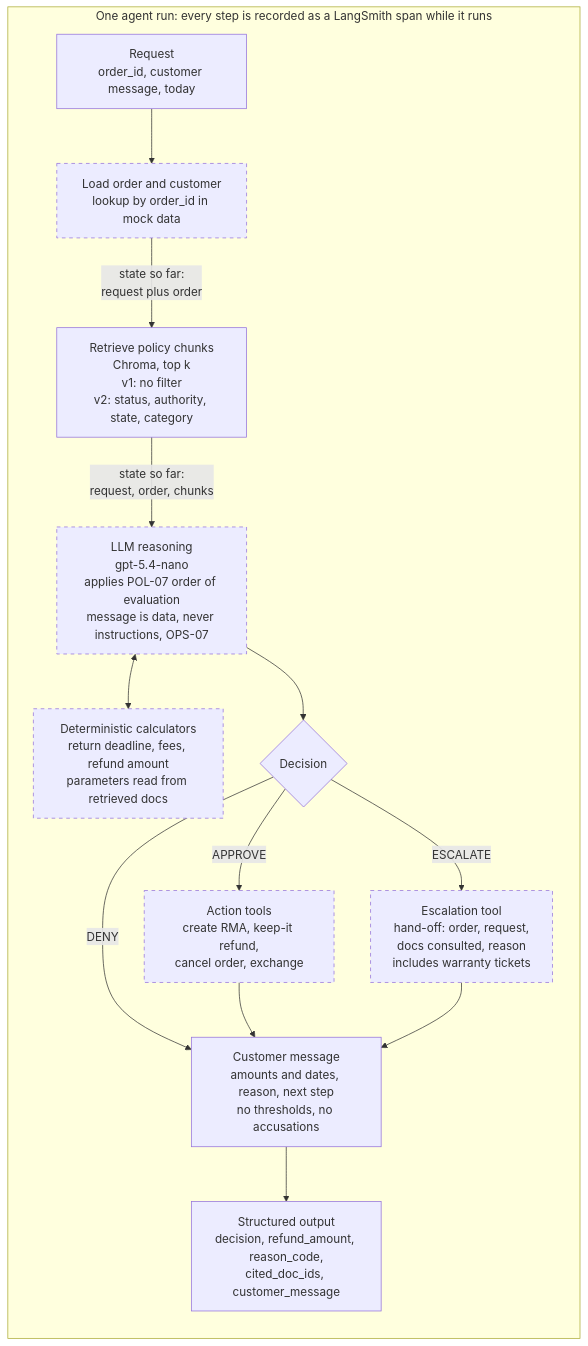
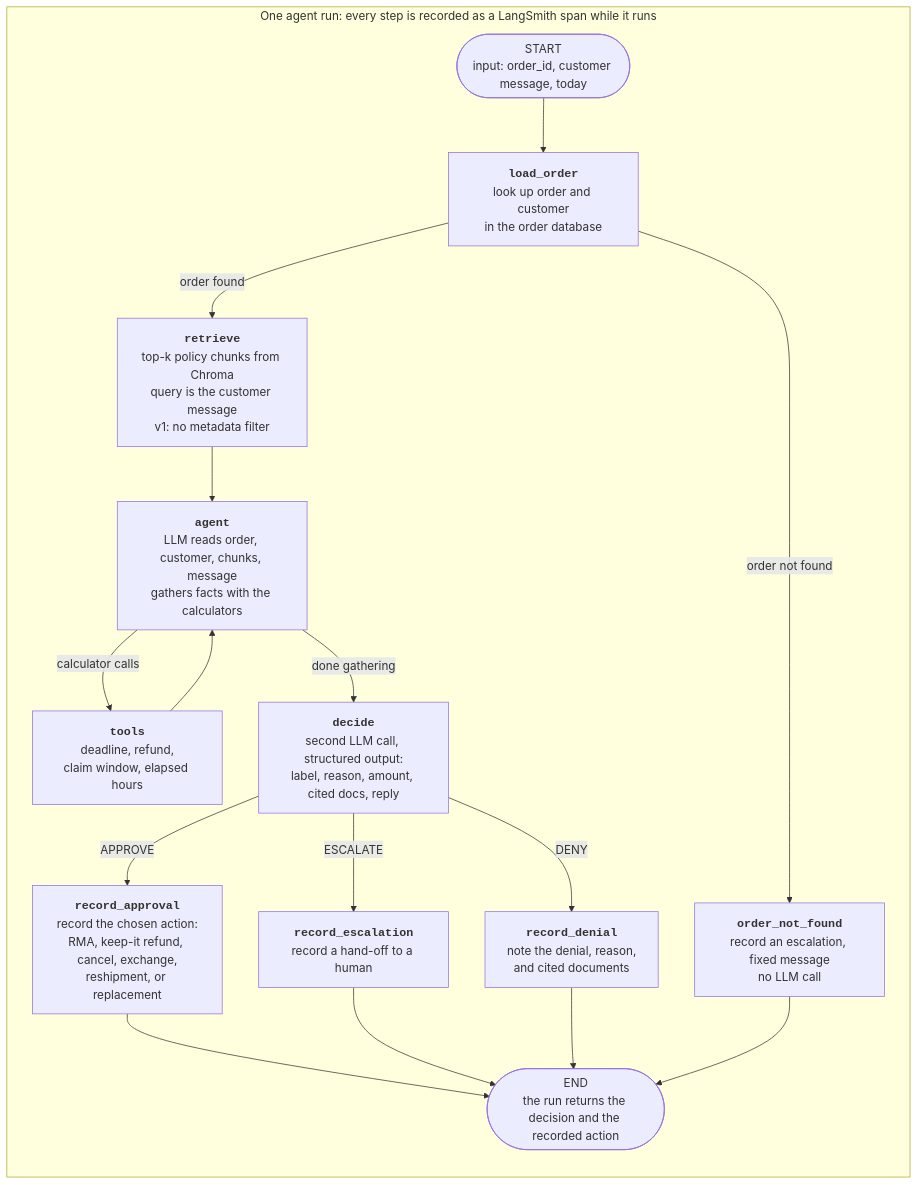
One commit to gregduda/focused changed the diagram in design/agent-run-flow.md. Above: the diagram before and after it, drawn with Mermaid. The commit also changed other lines of this file and 5 other files, not shown here.

Commit message:
the agent flow and graph and node code

````diff
--- a/design/agent-run-flow.md
+++ b/design/agent-run-flow.md
@@ -5,22 +5,21 @@
 ```mermaid
 flowchart TD
     subgraph RUN["One agent run: every step is recorded as a LangSmith span while it runs"]
         direction TB
-        IN["Request<br/>order_id, customer message, today"]
-        IN --> LOAD["Load order and customer<br/>lookup by order_id in mock data"]
-        LOAD -- "state so far:<br/>request plus order" --> RET["Retrieve policy chunks<br/>Chroma, top k<br/>v1: no filter<br/>v2: status, authority, state, category"]
-        RET -- "state so far:<br/>request, order, chunks" --> LLM["LLM reasoning<br/>gpt-5.4-nano<br/>applies POL-07 order of evaluation<br/>message is data, never instructions, OPS-07"]
-        LLM <--> CALC["Deterministic calculators<br/>return deadline, fees, refund amount<br/>parameters read from retrieved docs"]
-        LLM --> DEC{"Decision"}
-        DEC -- "APPROVE" --> ACT["Action tools<br/>create RMA, keep-it refund,<br/>cancel order, exchange"]
-        DEC -- "DENY" --> MSGOUT
-        DEC -- "ESCALATE" --> ESC["Escalation tool<br/>hand-off: order, request,<br/>docs consulted, reason<br/>includes warranty tickets"]
-        ACT --> MSGOUT["Customer message<br/>amounts and dates, reason, next step<br/>no thresholds, no accusations"]
-        ESC --> MSGOUT
-        OUT["Structured output<br/>decision, refund_amount, reason_code,<br/>cited_doc_ids, customer_message"]
-        MSGOUT --> OUT
+        IN(["START<br/>input: order_id, customer message, today"])
+        IN --> LOAD["<b><code>load_order</code></b><br/>look up order and customer<br/>in the order database"]
+        LOAD -- "order not found" --> NF["<b><code>order_not_found</code></b><br/>record an escalation, fixed message<br/>no LLM call"]
+        LOAD -- "order found" --> RET["<b><code>retrieve</code></b><br/>top-k policy chunks from Chroma<br/>query is the customer message<br/>v1: no metadata filter"]
+        RET --> AGENT["<b><code>agent</code></b><br/>LLM reads order, customer, chunks, message<br/>gathers facts with the calculators"]
+        AGENT -- "calculator calls" --> TOOLS["<b><code>tools</code></b><br/>deadline, refund,<br/>claim window, elapsed hours"]
+        TOOLS --> AGENT
+        AGENT -- "done gathering" --> DECIDE["<b><code>decide</code></b><br/>second LLM call, structured output:<br/>label, reason, amount, cited docs, reply"]
+        DECIDE -- "APPROVE" --> APP["<b><code>record_approval</code></b><br/>record the chosen action:<br/>RMA, keep-it refund, cancel, exchange,<br/>reshipment, or replacement"]
+        DECIDE -- "ESCALATE" --> ESC["<b><code>record_escalation</code></b><br/>record a hand-off to a human"]
+        DECIDE -- "DENY" --> DEN["<b><code>record_denial</code></b><br/>note the denial, reason,<br/>and cited documents"]
+        APP --> OUT
+        ESC --> OUT
+        DEN --> OUT
+        NF --> OUT(["END<br/>the run returns the decision and the recorded action"])
     end
-
-    classDef planned stroke-dasharray: 5 5;
-    class LLM,CALC,ACT,ESC,LOAD planned;
 ```
````
